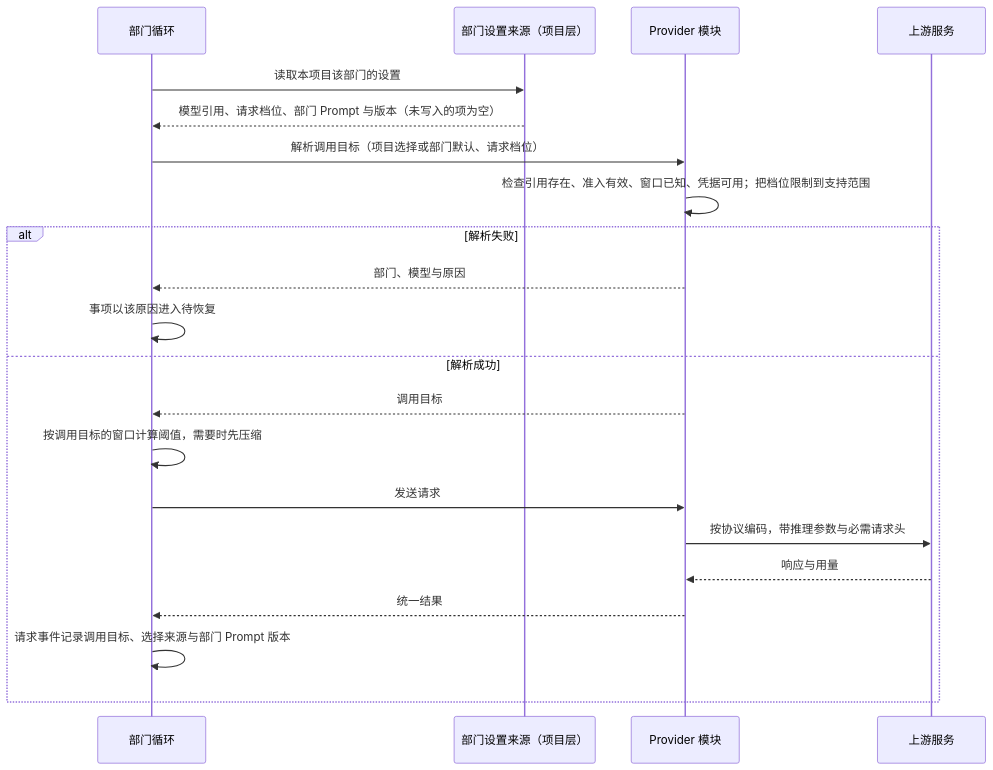
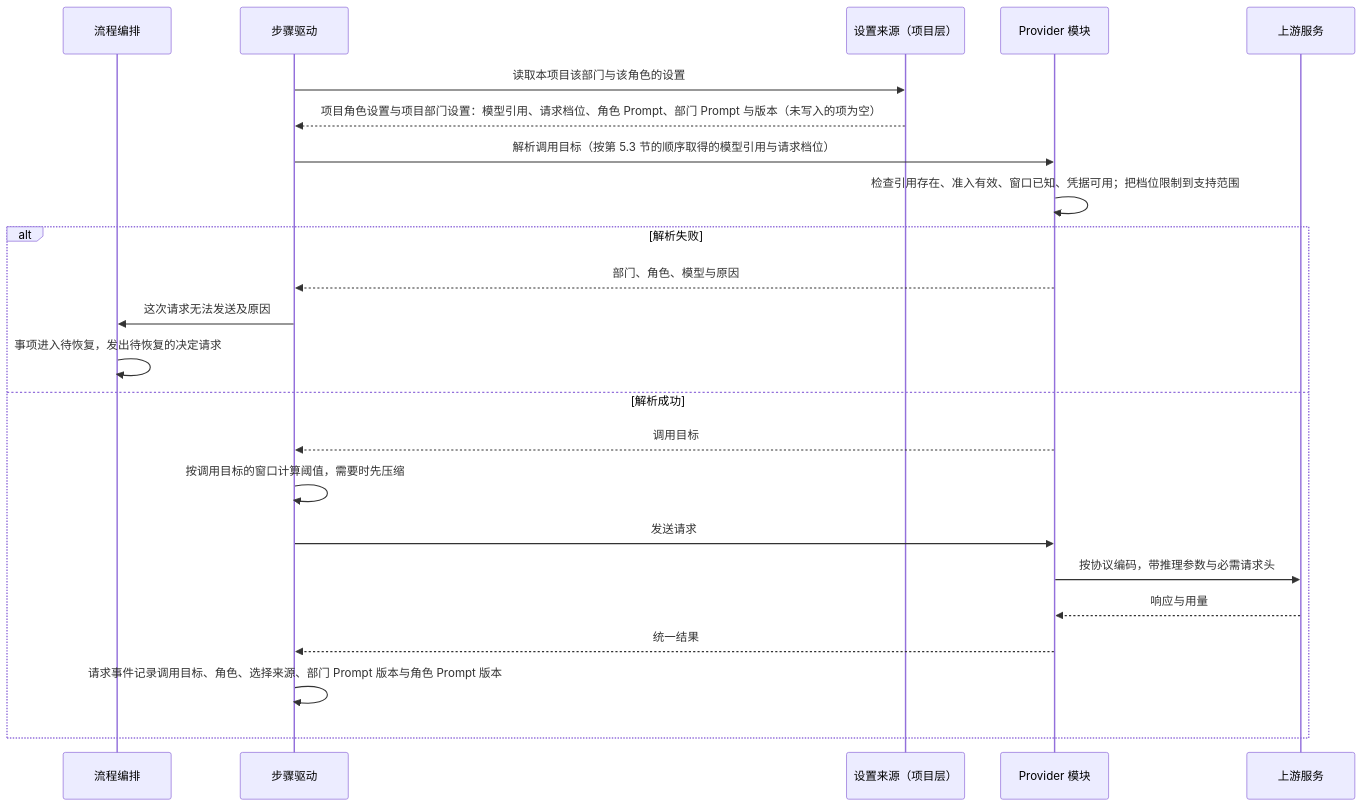
One commit to bender2333/yudao changed the fourth of 4 diagrams in docs/design/model-management.md. Above: the diagram before and after it, drawn with Mermaid. The commit also changed other lines of this file and 6 other files, not shown here.

````diff
--- a/docs/design/model-management.md
+++ b/docs/design/model-management.md
@@ -205,23 +224,25 @@
 ```mermaid
 sequenceDiagram
-  participant DeptLoop as 部门循环
-  participant Src as 部门设置来源（项目层）
+  participant O as 流程编排
+  participant S as 步骤驱动
+  participant Src as 设置来源（项目层）
   participant PM as Provider 模块
   participant Up as 上游服务
-  DeptLoop->>Src: 读取本项目该部门的设置
-  Src-->>DeptLoop: 模型引用、请求档位、部门 Prompt 与版本（未写入的项为空）
-  DeptLoop->>PM: 解析调用目标（项目选择或部门默认、请求档位）
+  S->>Src: 读取本项目该部门与该角色的设置
+  Src-->>S: 项目角色设置与项目部门设置：模型引用、请求档位、角色 Prompt、部门 Prompt 与版本（未写入的项为空）
+  S->>PM: 解析调用目标（按第 5.3 节的顺序取得的模型引用与请求档位）
   PM->>PM: 检查引用存在、准入有效、窗口已知、凭据可用；把档位限制到支持范围
   alt 解析失败
-    PM-->>DeptLoop: 部门、模型与原因
-    DeptLoop->>DeptLoop: 事项以该原因进入待恢复
+    PM-->>S: 部门、角色、模型与原因
+    S->>O: 这次请求无法发送及原因
+    O->>O: 事项进入待恢复，发出待恢复的决定请求
   else 解析成功
-    PM-->>DeptLoop: 调用目标
-    DeptLoop->>DeptLoop: 按调用目标的窗口计算阈值，需要时先压缩
-    DeptLoop->>PM: 发送请求
+    PM-->>S: 调用目标
+    S->>S: 按调用目标的窗口计算阈值，需要时先压缩
+    S->>PM: 发送请求
     PM->>Up: 按协议编码，带推理参数与必需请求头
     Up-->>PM: 响应与用量
-    PM-->>DeptLoop: 统一结果
-    DeptLoop->>DeptLoop: 请求事件记录调用目标、选择来源与部门 Prompt 版本
+    PM-->>S: 统一结果
+    S->>S: 请求事件记录调用目标、角色、选择来源、部门 Prompt 版本与角色 Prompt 版本
   end
 ```
````
